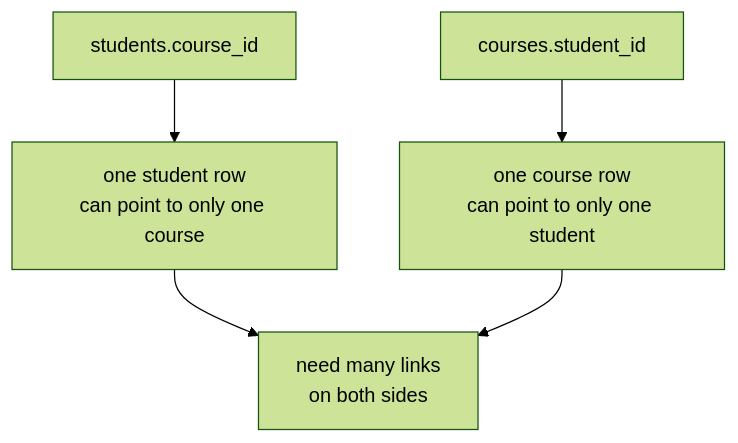
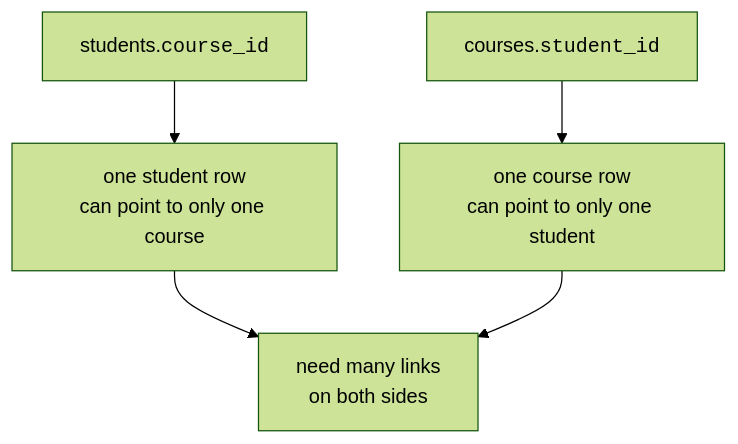
Before and after one commit to dataslope/dataslope: the second of 5 diagrams in content/learn/sqlite-for-beginners/many-to-many.mdx, drawn with Mermaid (forest theme). The commit also changed other lines of this file and 153 other files, not shown here.

First line of the commit message:
Render code-only mermaid shapes in monospace; convert step sequences to Steps

````diff
--- a/content/learn/sqlite-for-beginners/many-to-many.mdx
+++ b/content/learn/sqlite-for-beginners/many-to-many.mdx
@@ -23,7 +23,7 @@
 ```mermaid
 flowchart TB
-    Bad1["students.course_id"] --> Problem1["one student row<br/>can point to only one course"]
-    Bad2["courses.student_id"] --> Problem2["one course row<br/>can point to only one student"]
+    Bad1["students.<code>course_id</code>"] --> Problem1["one student row<br/>can point to only one course"]
+    Bad2["courses.<code>student_id</code>"] --> Problem2["one course row<br/>can point to only one student"]
     Problem1 --> Need["need many links<br/>on both sides"]
     Problem2 --> Need
 ```
````
